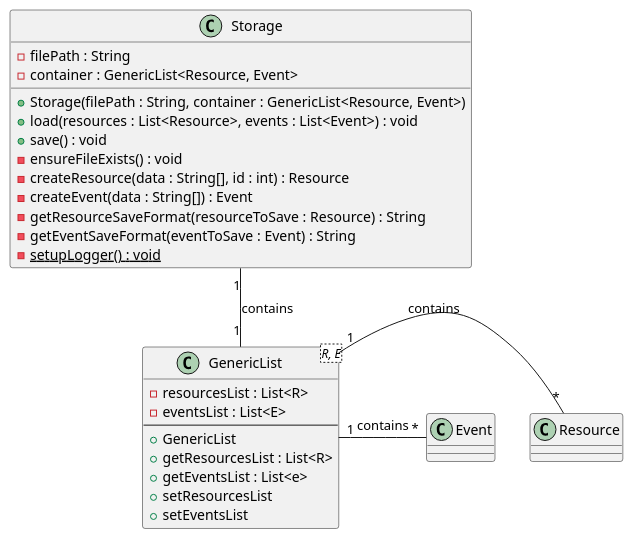
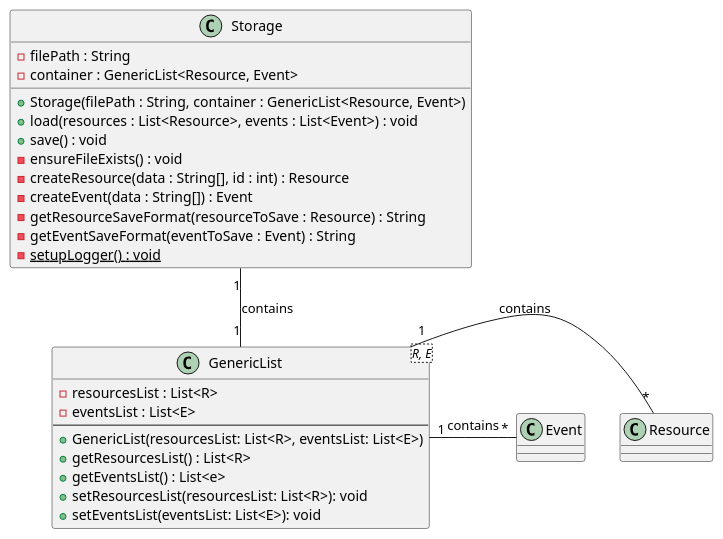
One commit to yingx9/tp changed the diagram in docs/diagram/Storage.puml. Above: the diagram before and after it, drawn with PlantUML. The commit also changed 1 other file, not shown here.

Commit message:
Update Diagram

```diff
--- a/docs/diagram/Storage.puml
+++ b/docs/diagram/Storage.puml
@@ -1,43 +1,43 @@
 @startuml
 'https://plantuml.com/class-diagram
 
 class Storage {
     - filePath : String
     - container : GenericList<Resource, Event>
     __
     + Storage(filePath : String, container : GenericList<Resource, Event>)
     + load(resources : List<Resource>, events : List<Event>) : void
     + save() : void
     - ensureFileExists() : void
     - createResource(data : String[], id : int) : Resource
     - createEvent(data : String[]) : Event
     - getResourceSaveFormat(resourceToSave : Resource) : String
     - getEventSaveFormat(eventToSave : Event) : String
     {static} - setupLogger() : void
 }
 
 class GenericList<R, E> {
     - resourcesList : List<R>
     - eventsList : List<E>
     --
-    + GenericList
-    + getResourcesList : List<R>
-    + getEventsList : List<e>
-    + setResourcesList
-    + setEventsList
+    + GenericList(resourcesList: List<R>, eventsList: List<E>)
+    + getResourcesList() : List<R>
+    + getEventsList() : List<e>
+    + setResourcesList(resourcesList: List<R>): void
+    + setEventsList(eventsList: List<E>): void
 }
 
 class Resource {
 }
 
 class Event {
 
 }
 
 ' Relationships
 Storage "1" -- "1" GenericList : contains
 GenericList "1" - "*" Resource : contains
 GenericList "1" - "*" Event : contains
 
 
 @enduml
```
